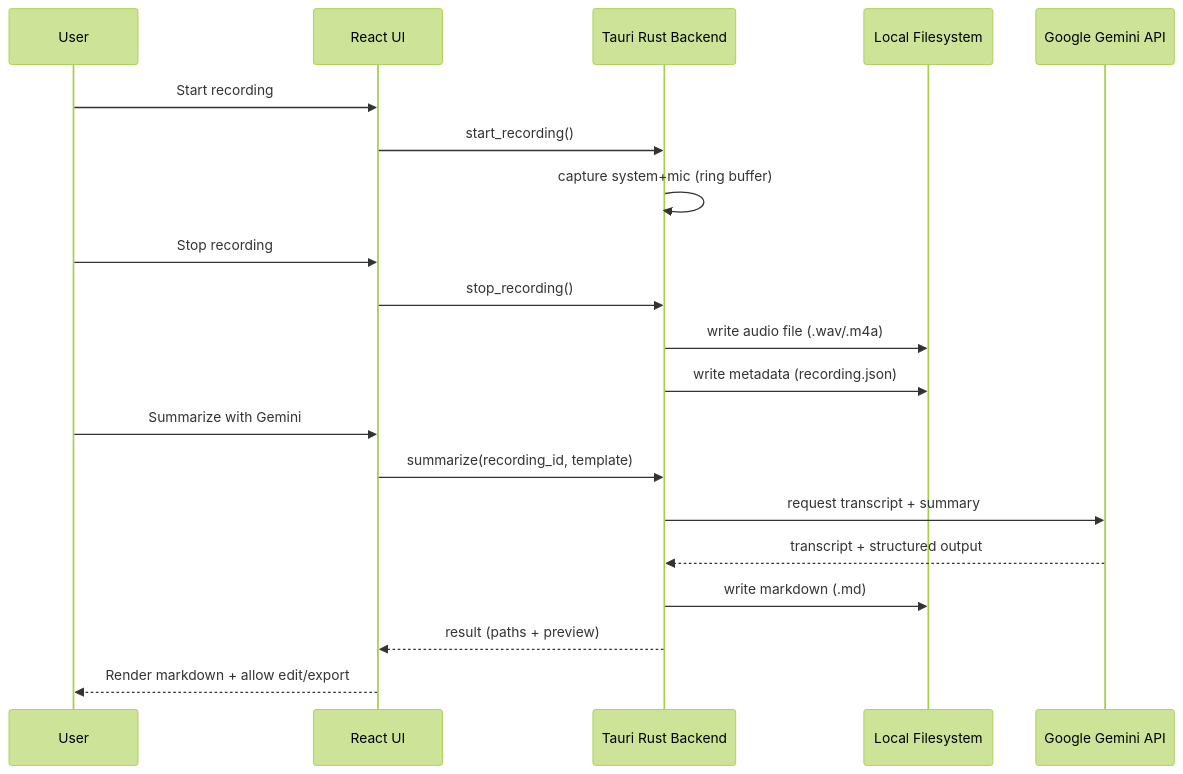
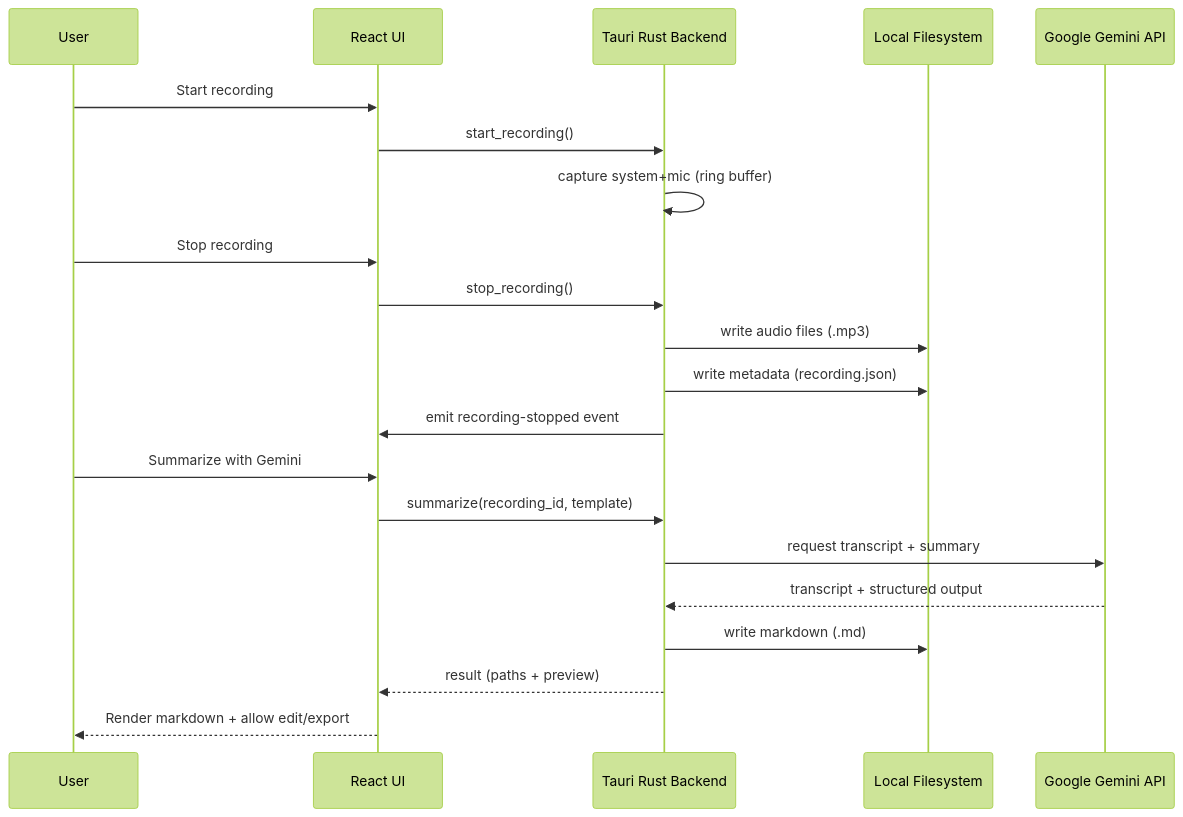
Before and after one commit to maksickdev/meet-summe-ai: the diagram in docs/project.md, drawn with Mermaid (forest theme). The commit also changed other lines of this file and 12 other files, not shown here.

Commit message:
feat: Enhance audio recording app with merged audio functionality. Implement system tray support, global shortcuts for recording control, and user preferences for microphone selection. Update metadata structure to include merged audio track and improve UI for better user experience.

````diff
--- a/docs/project.md
+++ b/docs/project.md
@@ -77,23 +77,24 @@
 ```mermaid
 sequenceDiagram
   participant U as User
   participant UI as React UI
   participant BE as Tauri Rust Backend
   participant FS as Local Filesystem
   participant G as Google Gemini API
 
   U->>UI: Start recording
   UI->>BE: start_recording()
   BE->>BE: capture system+mic (ring buffer)
   U->>UI: Stop recording
   UI->>BE: stop_recording()
-  BE->>FS: write audio file (.wav/.m4a)
+  BE->>FS: write audio files (.mp3)
   BE->>FS: write metadata (recording.json)
+  BE->>UI: emit recording-stopped event
   U->>UI: Summarize with Gemini
   UI->>BE: summarize(recording_id, template)
   BE->>G: request transcript + summary
   G-->>BE: transcript + structured output
   BE->>FS: write markdown (.md)
   BE-->>UI: result (paths + preview)
   UI-->>U: Render markdown + allow edit/export
 ```
````
